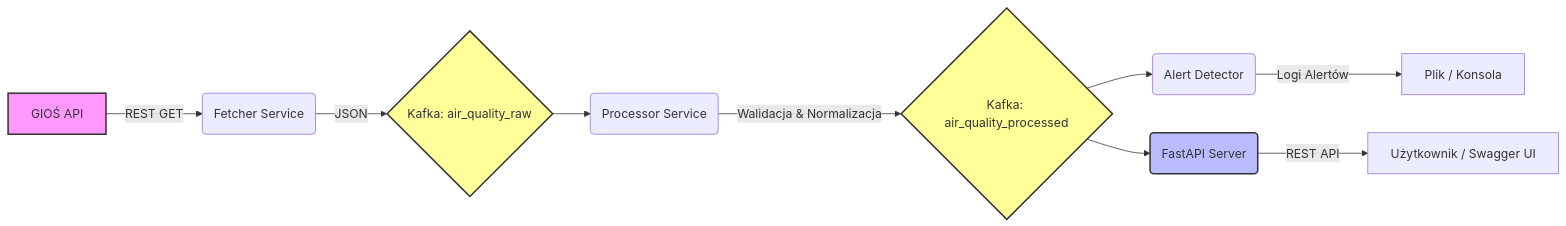
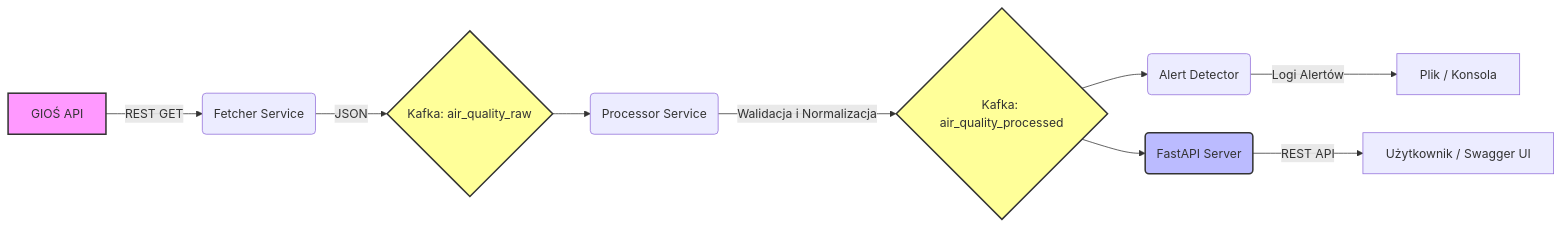
The diagram in README.md (ignac-s/air_quality_alert), drawn with Mermaid before and after one commit.

Commit message:
Diagram v3

````diff
--- a/README.md
+++ b/README.md
@@ -9,16 +9,16 @@
 ```mermaid
 graph LR
     A[GIOŚ API] -- REST GET --> B(Fetcher Service)
     B -- JSON --> C{Kafka: air_quality_raw}
     C --> D(Processor Service)
-    D -- Walidacja & Normalizacja --> E{Kafka: air_quality_processed}
+    D -- Walidacja i Normalizacja --> E{Kafka: air_quality_processed}
     E --> F(Alert Detector)
     E --> G(FastAPI Server)
     F -- Logi Alertów --> H[Plik / Konsola]
     G -- REST API --> I[Użytkownik / Swagger UI]
 
     style A fill:#f9f,stroke:#333,stroke-width:2px
     style C fill:#ff9,stroke:#333,stroke-width:2px
     style E fill:#ff9,stroke:#333,stroke-width:2px
     style G fill:#bbf,stroke:#333,stroke-width:2px
 ```
````
